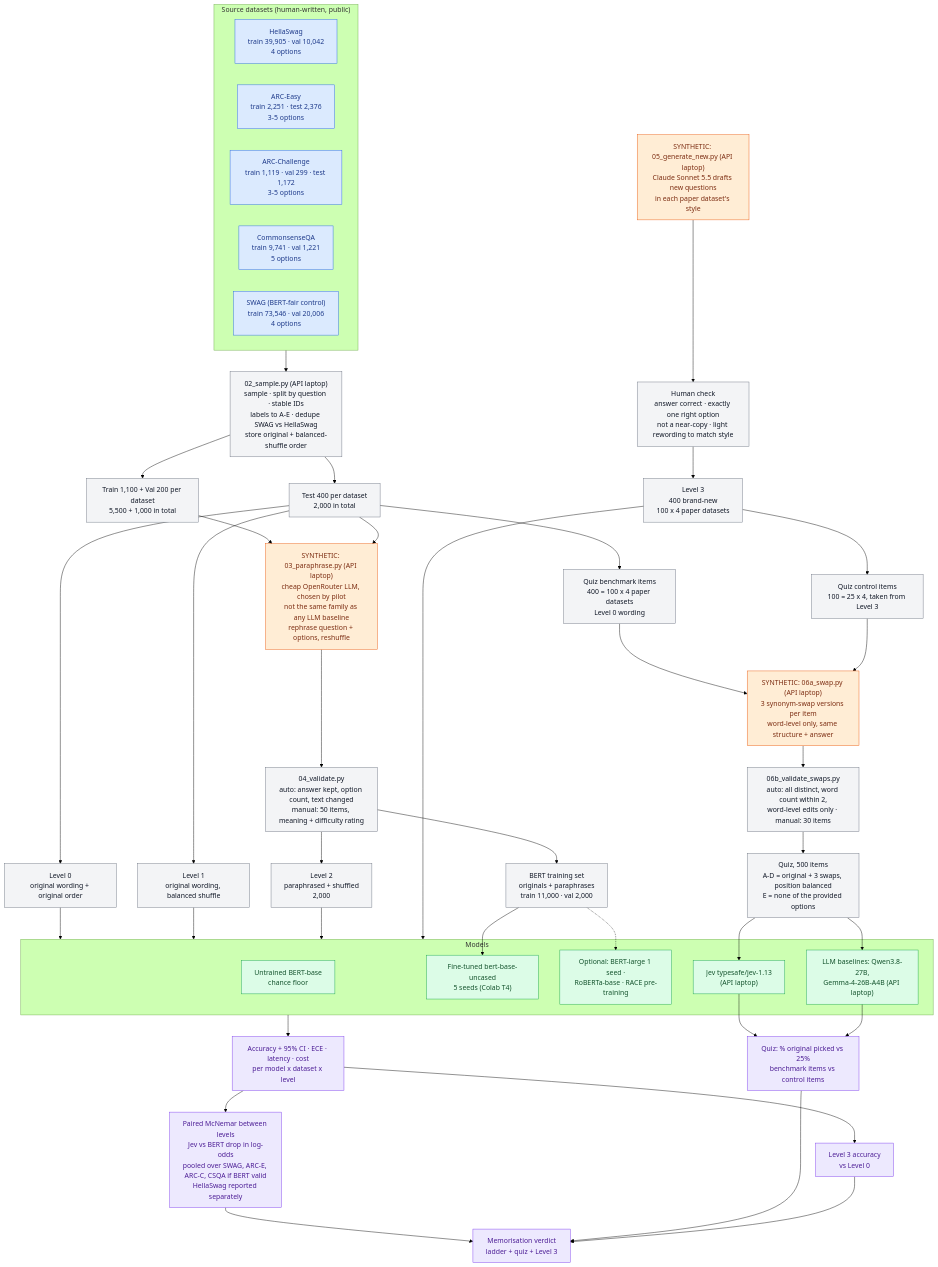
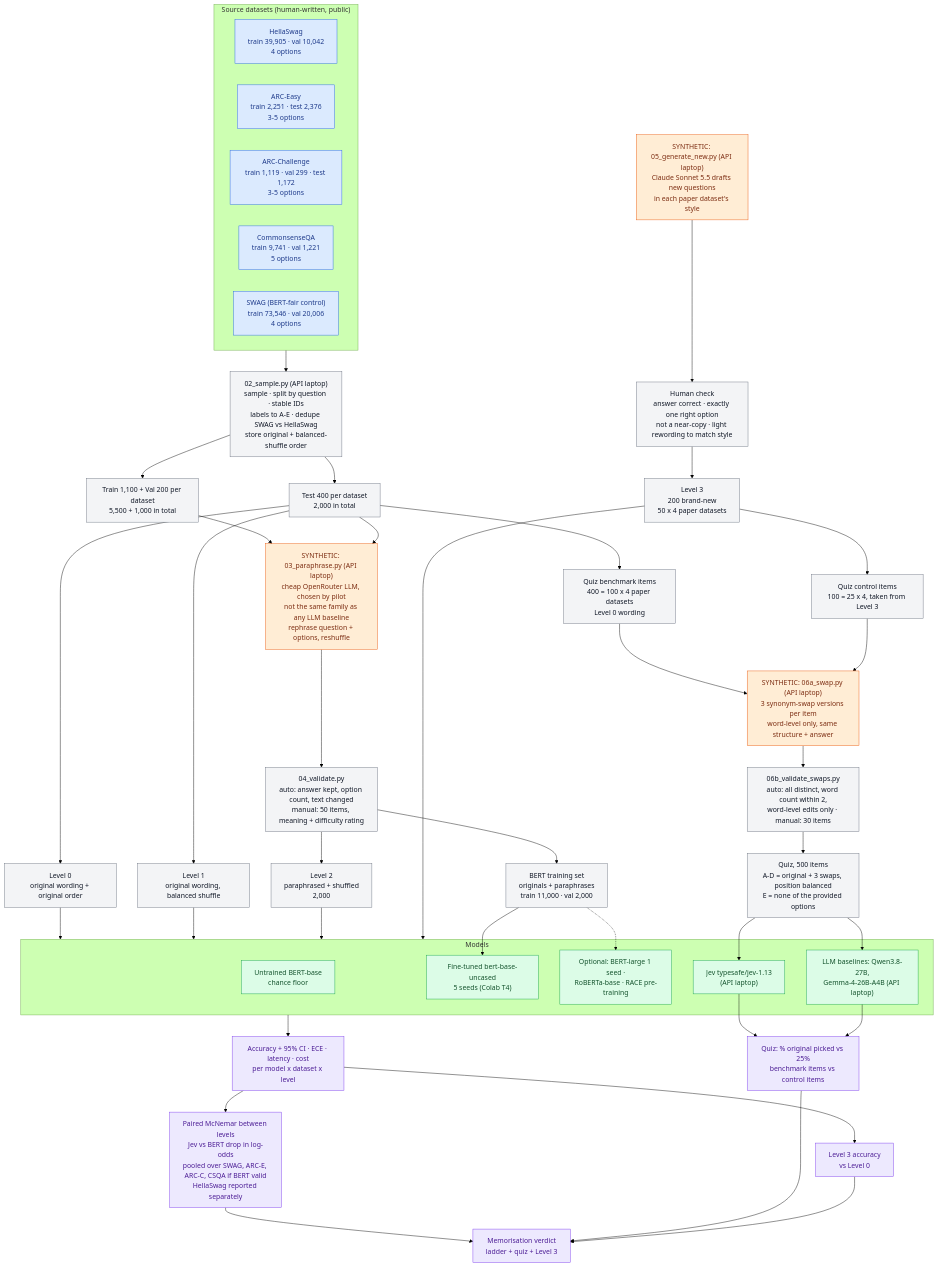
Before and after one commit to am3lia-low/jev-project: the diagram in docs/experiment-flow.mmd, drawn with Mermaid (forest theme). The commit also changed 10 other files, not shown here.

```diff
--- a/docs/experiment-flow.mmd
+++ b/docs/experiment-flow.mmd
@@ -1,77 +1,77 @@
 flowchart TD
     %% ---------- Source datasets (human-written) ----------
     subgraph SRC["Source datasets (human-written, public)"]
         HS["HellaSwag<br/>train 39,905 · val 10,042<br/>4 options"]
         AE["ARC-Easy<br/>train 2,251 · test 2,376<br/>3-5 options"]
         AC["ARC-Challenge<br/>train 1,119 · val 299 · test 1,172<br/>3-5 options"]
         CQ["CommonsenseQA<br/>train 9,741 · val 1,221<br/>5 options"]
         SW["SWAG (BERT-fair control)<br/>train 73,546 · val 20,006<br/>4 options"]
     end
 
     %% ---------- Sampling (scripted) ----------
     SRC --> SAMPLE["02_sample.py (API laptop)<br/>sample · split by question · stable IDs<br/>labels to A-E · dedupe SWAG vs HellaSwag<br/>store original + balanced-shuffle order"]
     SAMPLE --> TRV["Train 1,100 + Val 200 per dataset<br/>5,500 + 1,000 in total"]
     SAMPLE --> TEST["Test 400 per dataset<br/>2,000 in total"]
 
     %% ---------- Levels 0 and 1 (scripted) ----------
     TEST --> L0["Level 0<br/>original wording + original order"]
     TEST --> L1["Level 1<br/>original wording, balanced shuffle"]
 
     %% ---------- Synthetic: paraphrases ----------
     TRV --> PARA["SYNTHETIC: 03_paraphrase.py (API laptop)<br/>cheap OpenRouter LLM, chosen by pilot<br/>not the same family as any LLM baseline<br/>rephrase question + options, reshuffle"]
     TEST --> PARA
     PARA --> VPARA["04_validate.py<br/>auto: answer kept, option count, text changed<br/>manual: 50 items, meaning + difficulty rating"]
     VPARA --> L2["Level 2<br/>paraphrased + shuffled<br/>2,000"]
     VPARA --> TRAINSET["BERT training set<br/>originals + paraphrases<br/>train 11,000 · val 2,000"]
 
     %% ---------- Synthetic: brand-new questions ----------
     GEN["SYNTHETIC: 05_generate_new.py (API laptop)<br/>Claude Sonnet 5.5 drafts new questions<br/>in each paper dataset's style"] --> HNEW["Human check<br/>answer correct · exactly one right option<br/>not a near-copy · light rewording to match style"]
-    HNEW --> L3["Level 3<br/>400 brand-new<br/>100 x 4 paper datasets"]
+    HNEW --> L3["Level 3<br/>200 brand-new<br/>50 x 4 paper datasets"]
 
     %% ---------- Synthetic: memorisation quiz ----------
     TEST --> QSEL["Quiz benchmark items<br/>400 = 100 x 4 paper datasets<br/>Level 0 wording"]
     L3 --> QCTRL["Quiz control items<br/>100 = 25 x 4, taken from Level 3"]
     QSEL --> SWAP["SYNTHETIC: 06a_swap.py (API laptop)<br/>3 synonym-swap versions per item<br/>word-level only, same structure + answer"]
     QCTRL --> SWAP
     SWAP --> VSWAP["06b_validate_swaps.py<br/>auto: all distinct, word count within 2,<br/>word-level edits only · manual: 30 items"]
     VSWAP --> QUIZ["Quiz, 500 items<br/>A-D = original + 3 swaps, position balanced<br/>E = none of the provided options"]
 
     %% ---------- Models ----------
     subgraph MODELS["Models"]
         BERTU["Untrained BERT-base<br/>chance floor"]
         BERTFT["Fine-tuned bert-base-uncased<br/>5 seeds (Colab T4)"]
         OPT["Optional: BERT-large 1 seed ·<br/>RoBERTa-base · RACE pre-training"]
         JEV["Jev typesafe/jev-1.13<br/>(API laptop)"]
         LLM["LLM baselines: Qwen3.8-27B,<br/>Gemma-4-26B-A4B (API laptop)"]
     end
     TRAINSET --> BERTFT
     TRAINSET -.-> OPT
 
     L0 --> MODELS
     L1 --> MODELS
     L2 --> MODELS
     L3 --> MODELS
     QUIZ --> JEV
     QUIZ --> LLM
 
     %% ---------- Results ----------
     MODELS --> R1["Accuracy + 95% CI · ECE · latency · cost<br/>per model x dataset x level"]
     R1 --> R2["Paired McNemar between levels<br/>Jev vs BERT drop in log-odds<br/>pooled over SWAG, ARC-E, ARC-C, CSQA if BERT valid<br/>HellaSwag reported separately"]
     JEV --> R3["Quiz: % original picked vs 25%<br/>benchmark items vs control items"]
     LLM --> R3
     R1 --> R4["Level 3 accuracy<br/>vs Level 0"]
     R2 --> FINAL["Memorisation verdict<br/>ladder + quiz + Level 3"]
     R3 --> FINAL
     R4 --> FINAL
 
     %% ---------- Styles ----------
     classDef human fill:#dbeafe,stroke:#2563eb,color:#1e3a8a
     classDef synth fill:#ffedd5,stroke:#ea580c,color:#7c2d12
     classDef script fill:#f3f4f6,stroke:#6b7280,color:#111827
     classDef model fill:#dcfce7,stroke:#16a34a,color:#14532d
     classDef result fill:#ede9fe,stroke:#7c3aed,color:#4c1d95
     class HS,AE,AC,CQ,SW human
     class PARA,GEN,SWAP synth
     class SAMPLE,TRV,TEST,L0,L1,L2,L3,TRAINSET,VPARA,HNEW,QSEL,QCTRL,VSWAP,QUIZ script
     class BERTU,BERTFT,OPT,JEV,LLM model
     class R1,R2,R3,R4,FINAL result
```
